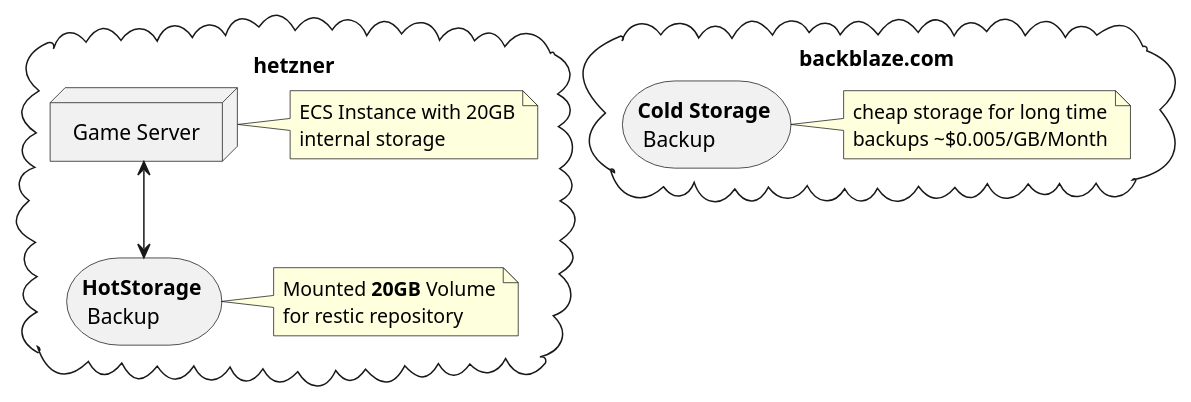
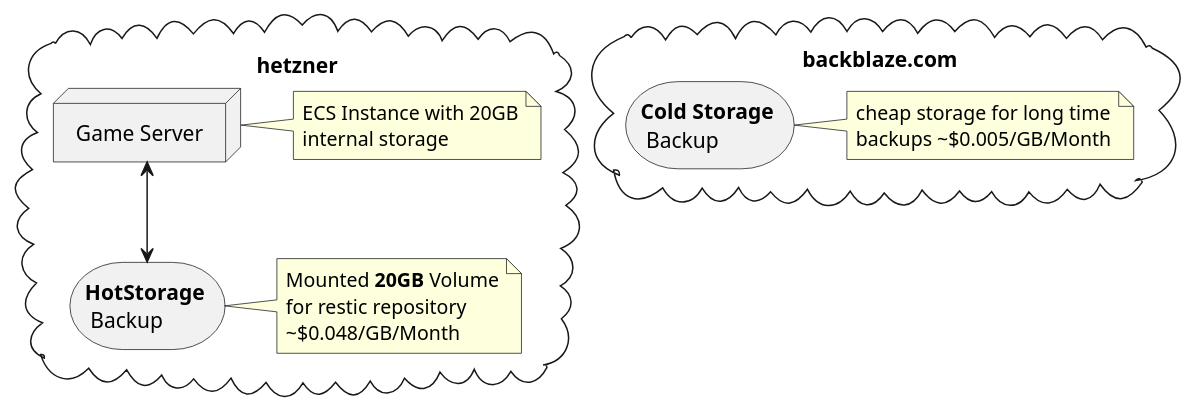
Before and after one commit to nolte/minecraft-infrastructure: the diagram in docs/architecture/backups/hotstorage.plantuml, drawn with PlantUML. The commit also changed 42 other files, not shown here.

```diff
--- a/docs/architecture/backups/hotstorage.plantuml
+++ b/docs/architecture/backups/hotstorage.plantuml
@@ -1,31 +1,32 @@
 @startuml
 cloud hetzner {
 
 node node as "Game Server"
 
 note right of [node]
   ECS Instance with 20GB
   internal storage
 end note
 
 storage hotstorage as "<b>HotStorage</b> \n Backup"
 
 note right of [hotstorage]
   Mounted <b>20GB</b> Volume
   for restic repository
+  ~$0.048/GB/Month
 end note
 
 node <--> hotstorage
 
 }
 cloud backblaze as "backblaze.com" {
 
 storage coldstorage as "<b>Cold Storage</b> \n Backup"
 
 note right of [coldstorage]
   cheap storage for long time
   backups ~$0.005/GB/Month
 end note
 
 }
 @enduml
```
